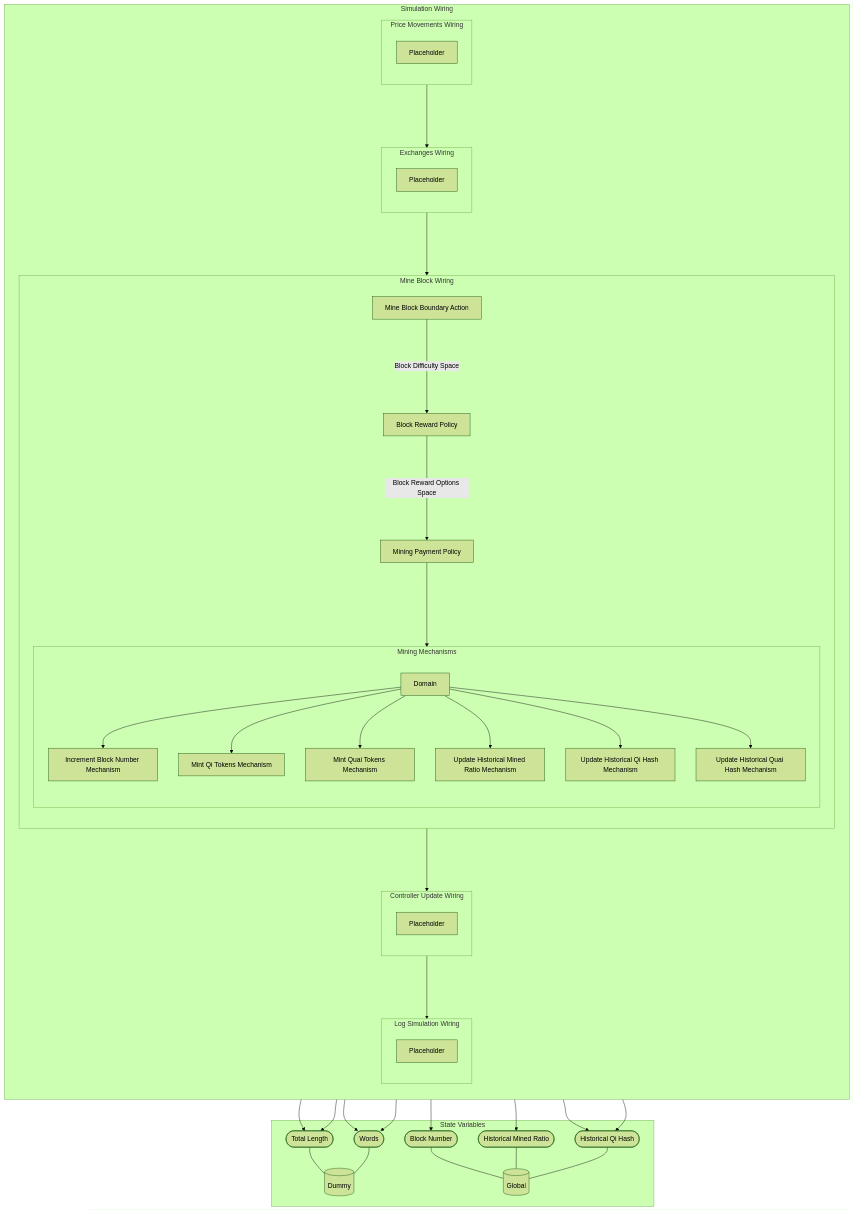
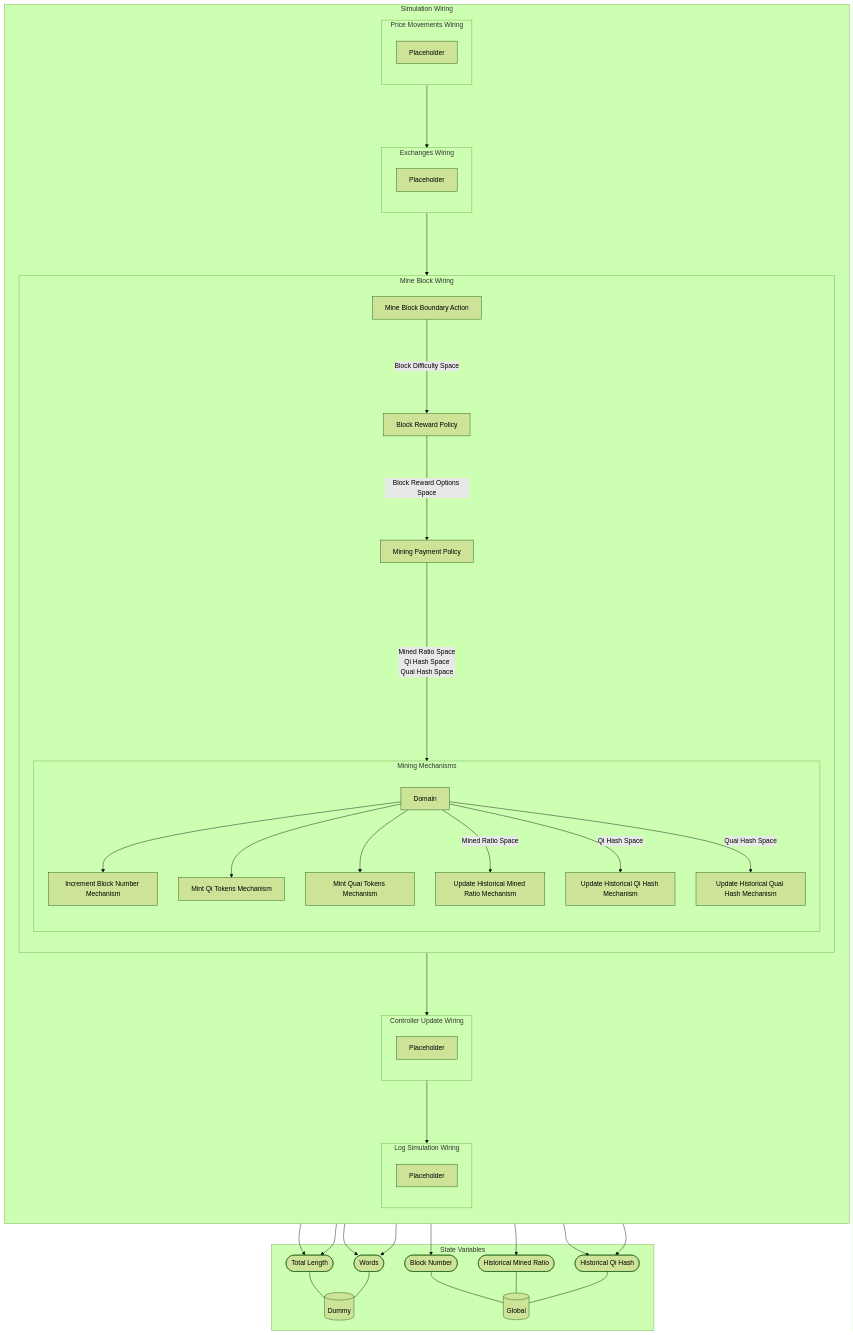
Before and after one commit to dominant-strategies/Quai-Macro-Model: the diagram in Research/MSML Scaffold/Wiring/Simulation Wiring.md, drawn with Mermaid (forest theme). The commit also changed other lines of this file and 35 other files, not shown here.

````diff
--- a/Research/MSML Scaffold/Wiring/Simulation Wiring.md
+++ b/Research/MSML Scaffold/Wiring/Simulation Wiring.md
@@ -3,78 +3,80 @@
 ```mermaid
 graph TB
 
 subgraph SVS["State Variables"]
 EE0[("Dummy")]
 EE1[("Global")]
 EES0(["Total Length"])
 EES0 --- EE0
 EES1(["Words"])
 EES1 --- EE0
 EES2(["Block Number"])
 EES2 --- EE1
 EES3(["Historical Mined Ratio"])
 EES3 --- EE1
 EES4(["Historical Qi Hash"])
 EES4 --- EE1
 end
 
 subgraph X22["Simulation Wiring"]
 direction TB
 subgraph X2["Price Movements Wiring"]
 direction TB
 X1["Placeholder"]
 end
 subgraph X4["Exchanges Wiring"]
 direction TB
 X3["Placeholder"]
 end
 subgraph X17["Mine Block Wiring"]
 direction TB
 X5["Mine Block Boundary Action"]
 X6["Block Reward Policy"]
 X7["Mining Payment Policy"]
 subgraph X16["Mining Mechanisms"]
 direction TB
 X8["Increment Block Number Mechanism"]
 X8 --> EES2
 X9["Mint Qi Tokens Mechanism"]
 X9 --> EES1
 X9 --> EES0
 X10["Mint Quai Tokens Mechanism"]
 X10 --> EES1
 X10 --> EES0
 X11["Update Historical Mined Ratio Mechanism"]
 X11 --> EES3
 X12["Update Historical Qi Hash Mechanism"]
 X12 --> EES4
 X13["Update Historical Quai Hash Mechanism"]
 X13 --> EES4
 X14[Domain]
 
 direction LR
 direction TB
 X14 --> X8
 X14 --> X9
 X14 --> X10
-X14 --> X11
-X14 --> X12
-X14 --> X13
+X14 --"Mined Ratio Space"--> X11
+X14 --"Qi Hash Space"--> X12
+X14 --"Quai Hash Space"--> X13
 end
 X5--"Block Difficulty Space"--->X6
 X6--"Block Reward Options Space"--->X7
-X7--->X16
+X7--"Mined Ratio Space
+Qi Hash Space
+Quai Hash Space"----->X16
 end
 subgraph X19["Controller Update Wiring"]
 direction TB
 X18["Placeholder"]
 end
 subgraph X21["Log Simulation Wiring"]
 direction TB
 X20["Placeholder"]
 end
 X2--->X4
 X4--->X17
 X17--->X19
 X19--->X21
 end
 ```
````
